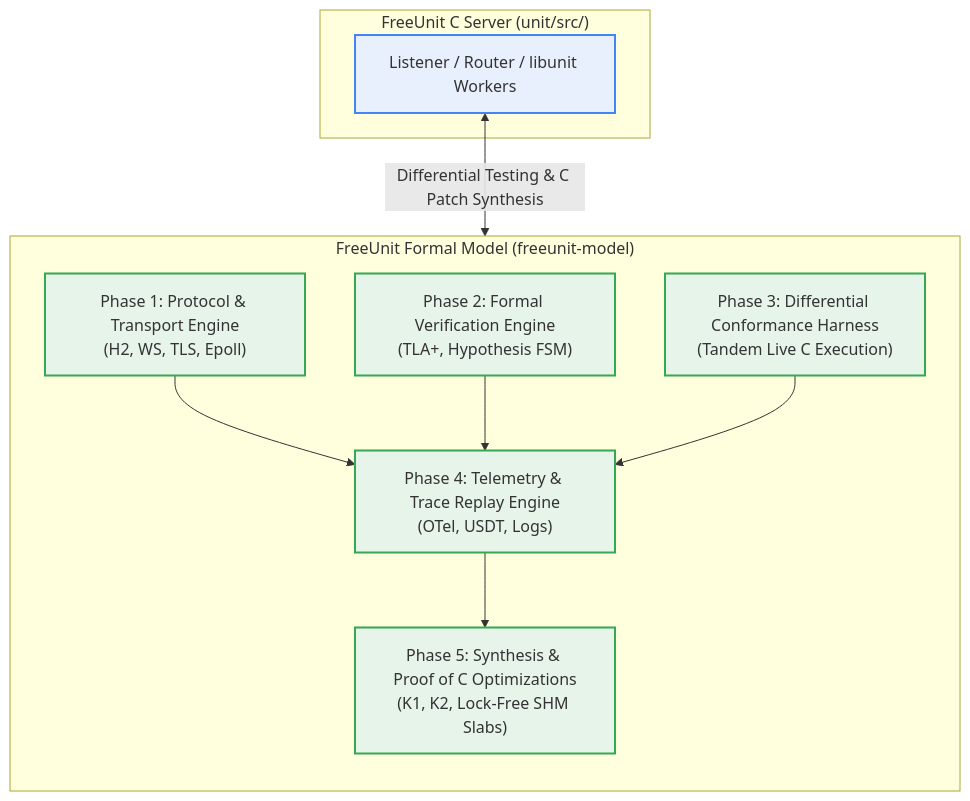
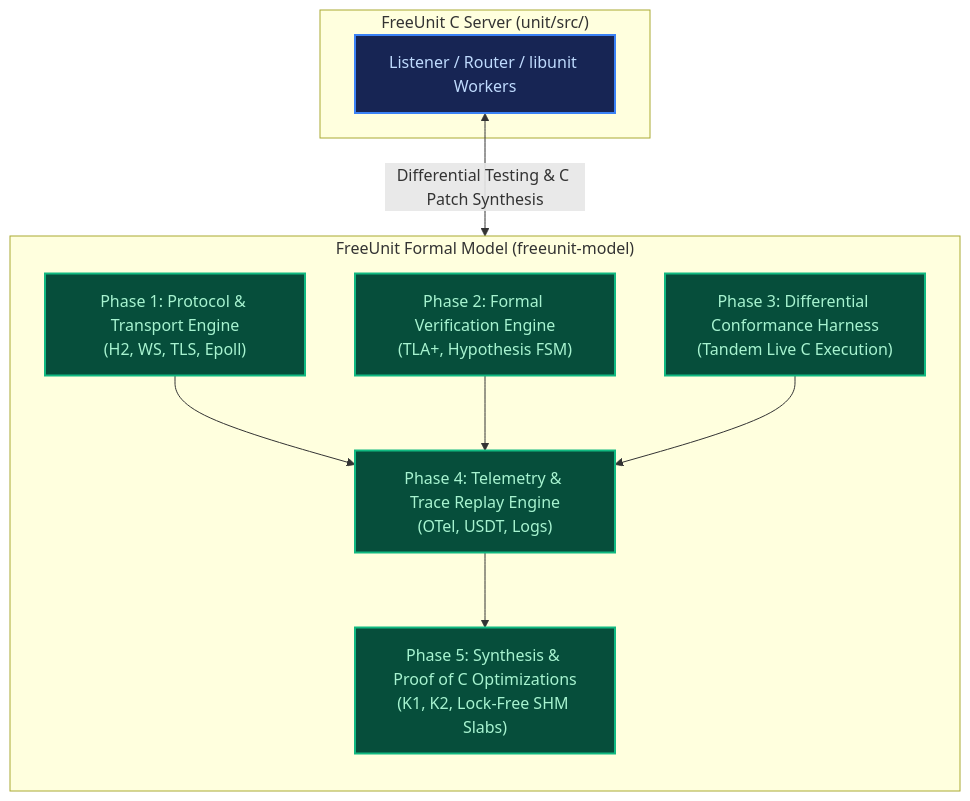
The first of 6 diagrams in docs/roadmap.md (andypost/freeunit-model), drawn with Mermaid before and after one commit. The commit also changed other lines of this file and 10 other files, not shown here.

First line of the commit message:
fix(docs,diagrams): redesign architecture diagram with event ordering and fix dark theme contrast

````diff
--- a/docs/roadmap.md
+++ b/docs/roadmap.md
@@ -18,27 +18,27 @@
 ```mermaid
 flowchart TD
     subgraph CoreServer["FreeUnit C Server (unit/src/)"]
         Server["Listener / Router / libunit Workers"]
     end
 
     subgraph ModelArch["FreeUnit Formal Model (freeunit-model)"]
         direction TB
         P1["Phase 1: Protocol &amp; Transport Engine<br/>(H2, WS, TLS, Epoll)"]
         P2["Phase 2: Formal Verification Engine<br/>(TLA+, Hypothesis FSM)"]
         P3["Phase 3: Differential Conformance Harness<br/>(Tandem Live C Execution)"]
         P4["Phase 4: Telemetry &amp; Trace Replay Engine<br/>(OTel, USDT, Logs)"]
         P5["Phase 5: Synthesis &amp; Proof of C Optimizations<br/>(K1, K2, Lock-Free SHM Slabs)"]
         
         P1 --> P4
         P2 --> P4
         P3 --> P4
         P4 --> P5
     end
 
     Server <-->|Differential Testing &amp; C Patch Synthesis| ModelArch
 
-    classDef proc fill:#e8f0fe,stroke:#4285f4,stroke-width:2px;
-    classDef model fill:#e6f4ea,stroke:#34a853,stroke-width:2px;
+    classDef proc fill:#172554,stroke:#3b82f6,stroke-width:2px,color:#bfdbfe;
+    classDef model fill:#064e3b,stroke:#10b981,stroke-width:2px,color:#a7f3d0;
     class Server proc;
     class P1,P2,P3,P4,P5 model;
 ```
````
